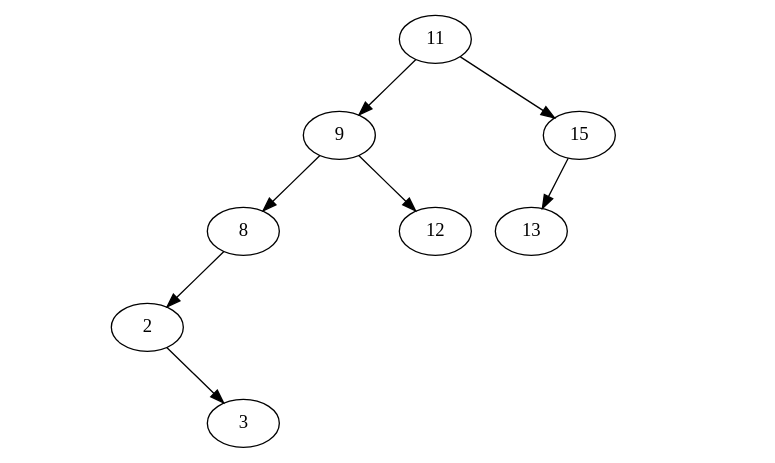
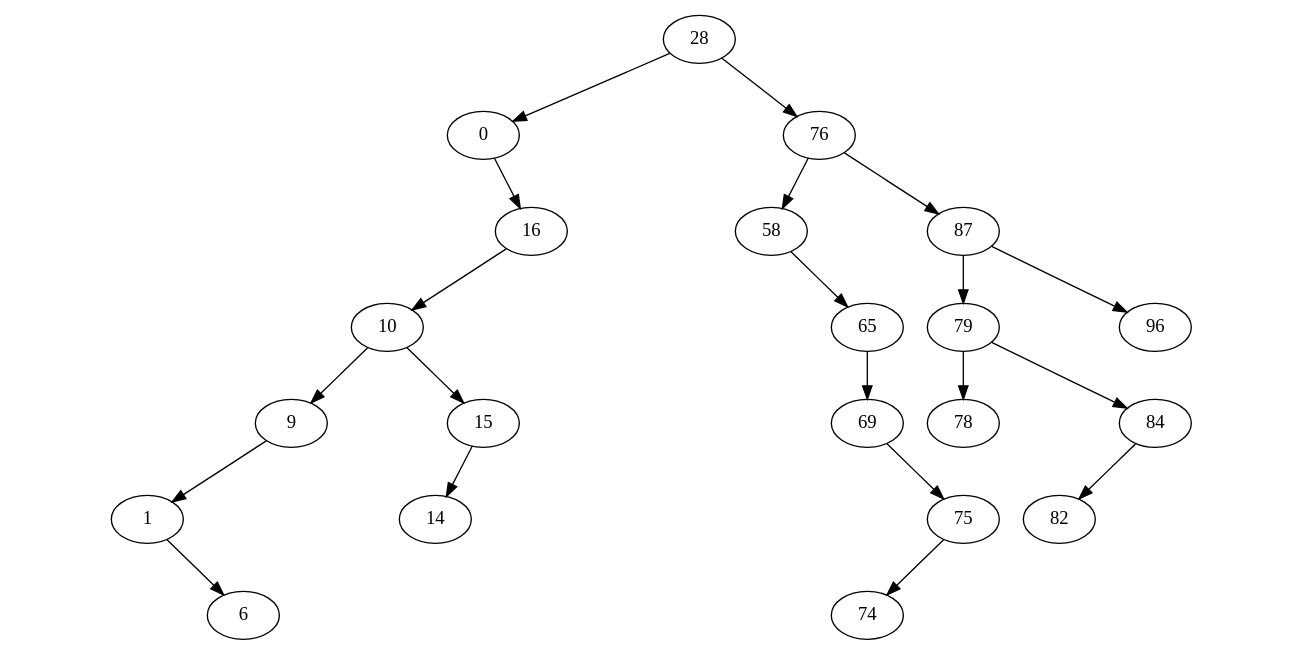
Before and after one commit to fabricenativel/cpge-info: the diagram in docs/mp2i/files/C12/temp.gv, drawn with Graphviz. The commit also changed 31 other files, not shown here.

```diff
--- a/docs/mp2i/files/C12/temp.gv
+++ b/docs/mp2i/files/C12/temp.gv
@@ -1,25 +1,72 @@
 digraph mygraph {
-11 -> 9
+28 -> 0
 I0 [style=invis]
- 11 -> I0 [style=invis]
-11 -> 15
-9 -> 8
+ 28 -> I0 [style=invis]
+28 -> 76
 I1 [style=invis]
- 9 -> I1 [style=invis]
-9 -> 12
-8 -> 2
+ 0 -> I1 [style=invis]
 I2 [style=invis]
- 8 -> I2 [style=invis]
+ 0 -> I2 [style=invis]
+0 -> 16
+16 -> 10
 I3 [style=invis]
- 8 -> I3 [style=invis]
+ 16 -> I3 [style=invis]
 I4 [style=invis]
- 2 -> I4 [style=invis]
+ 16 -> I4 [style=invis]
+10 -> 9
 I5 [style=invis]
- 2 -> I5 [style=invis]
-2 -> 3
-15 -> 13
+ 10 -> I5 [style=invis]
+10 -> 15
+9 -> 1
 I6 [style=invis]
- 15 -> I6 [style=invis]
+ 9 -> I6 [style=invis]
 I7 [style=invis]
- 15 -> I7 [style=invis]
+ 9 -> I7 [style=invis]
+I8 [style=invis]
+ 1 -> I8 [style=invis]
+I9 [style=invis]
+ 1 -> I9 [style=invis]
+1 -> 6
+15 -> 14
+I10 [style=invis]
+ 15 -> I10 [style=invis]
+I11 [style=invis]
+ 15 -> I11 [style=invis]
+76 -> 58
+I12 [style=invis]
+ 76 -> I12 [style=invis]
+76 -> 87
+I13 [style=invis]
+ 58 -> I13 [style=invis]
+I14 [style=invis]
+ 58 -> I14 [style=invis]
+58 -> 65
+I15 [style=invis]
+ 65 -> I15 [style=invis]
+I16 [style=invis]
+ 65 -> I16 [style=invis]
+65 -> 69
+I17 [style=invis]
+ 69 -> I17 [style=invis]
+I18 [style=invis]
+ 69 -> I18 [style=invis]
+69 -> 75
+75 -> 74
+I19 [style=invis]
+ 75 -> I19 [style=invis]
+I20 [style=invis]
+ 75 -> I20 [style=invis]
+87 -> 79
+I21 [style=invis]
+ 87 -> I21 [style=invis]
+87 -> 96
+79 -> 78
+I22 [style=invis]
+ 79 -> I22 [style=invis]
+79 -> 84
+84 -> 82
+I23 [style=invis]
+ 84 -> I23 [style=invis]
+I24 [style=invis]
+ 84 -> I24 [style=invis]
 }
```
